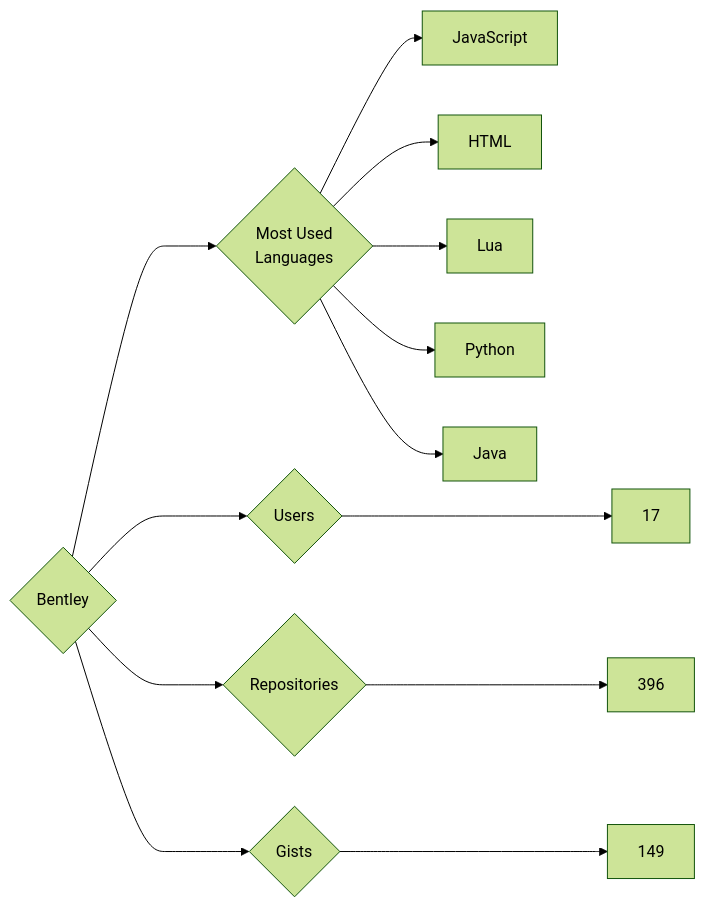
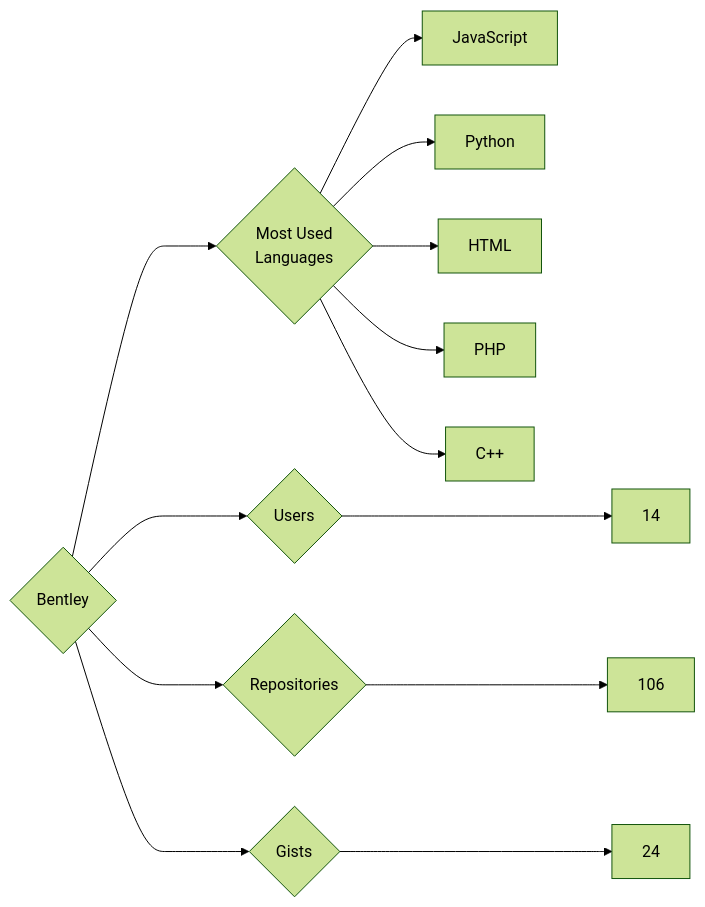
The diagram in targets/Bentley/README.md (trickest/insiders), drawn with Mermaid (forest theme) before and after one commit. The commit also changed 715 other files, not shown here.

````diff
--- a/targets/Bentley/README.md
+++ b/targets/Bentley/README.md
@@ -3,13 +3,13 @@
 ```mermaid
 graph LR
 COMPANY_NAME{Bentley}
-COMPANY_NAME ---> U{Users} ---> UN[17]
-COMPANY_NAME ---> R{Repositories} ---> RN[396]
-COMPANY_NAME ---> G{Gists} ---> GN[149]
+COMPANY_NAME ---> U{Users} ---> UN[14]
+COMPANY_NAME ---> R{Repositories} ---> RN[106]
+COMPANY_NAME ---> G{Gists} ---> GN[24]
 COMPANY_NAME ---> ML{Most Used<br>Languages}
 ML --> JavaScript[JavaScript]
+ML --> Python[Python]
 ML --> HTML[HTML]
-ML --> Lua[Lua]
-ML --> Python[Python]
-ML --> Java[Java]
+ML --> PHP[PHP]
+ML --> C++[C++]
 ```
````
